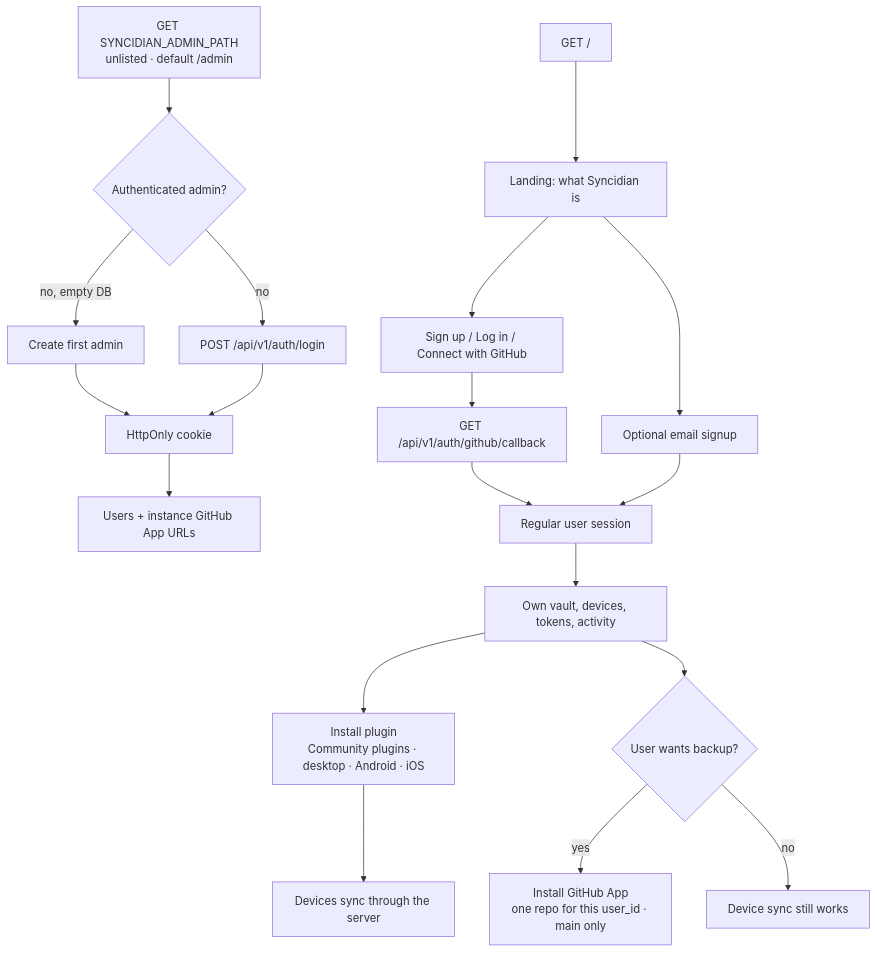
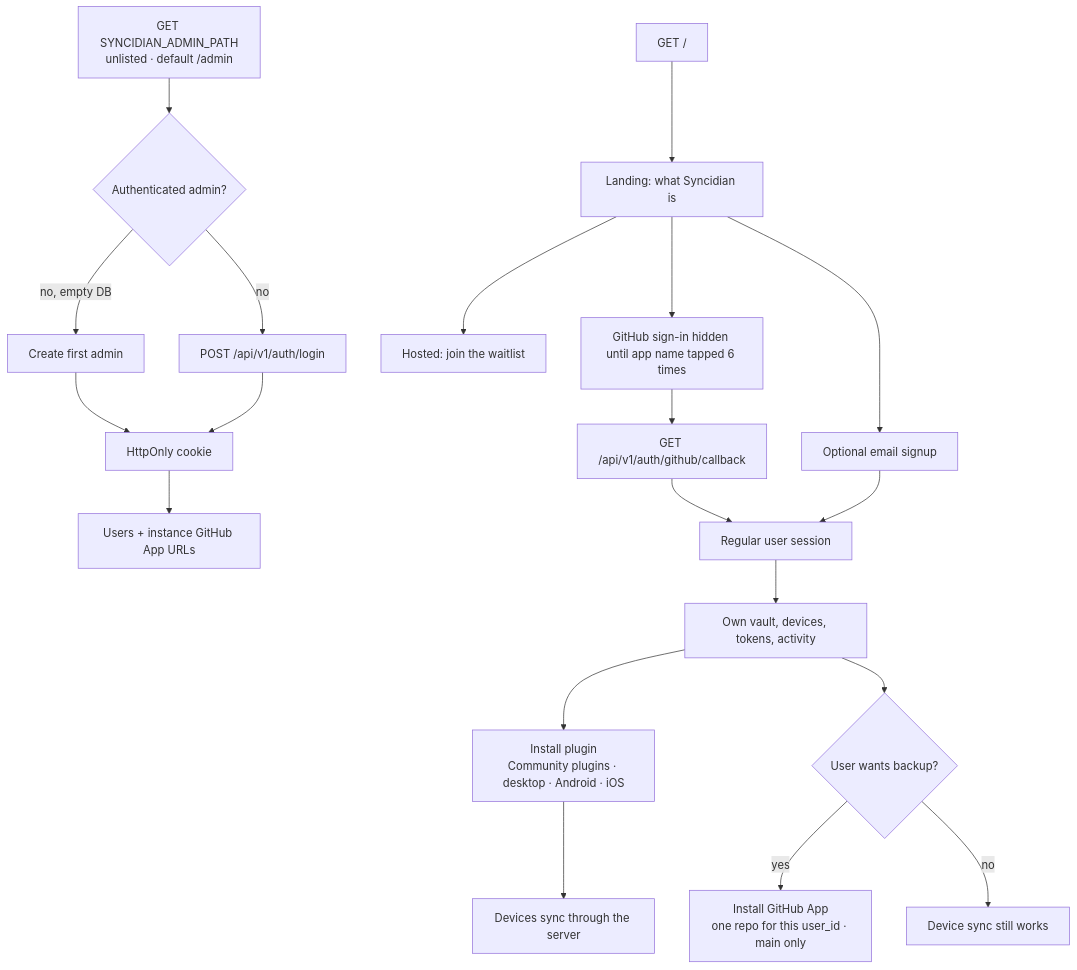
One commit to shangeethsivan/Syncidian changed the fourth of 13 diagrams in docs/architecture.md. Above: the diagram before and after it, drawn with Mermaid. The commit also changed other lines of this file and 17 other files, not shown here.

First line of the commit message:
Hide hosted GitHub sign-in behind a six-tap reveal and email allowlist.

````diff
--- a/docs/architecture.md
+++ b/docs/architecture.md
@@ -139,23 +139,24 @@
 ```mermaid
 flowchart TD
   Open["GET /"] --> Land["Landing: what Syncidian is"]
-  Land --> GH["Sign up / Log in / Connect with GitHub"]
+  Land --> Wait["Hosted: join the waitlist"]
+  Land --> GH["GitHub sign-in hidden until app name tapped 6 times"]
   Land --> Email["Optional email signup"]
 
   Ops["GET SYNCIDIAN_ADMIN_PATH<br/>unlisted · default /admin"] --> Auth{"Authenticated admin?"}
   Auth -->|no, empty DB| Form["Create first admin"]
   Auth -->|no| Login["POST /api/v1/auth/login"]
   Form --> Cookie["HttpOnly cookie"]
   Login --> Cookie
   Cookie --> Manage["Users + instance GitHub App URLs"]
 
   GH --> OAuth["GET /api/v1/auth/github/callback"]
   OAuth --> User["Regular user session"]
   Email --> User
   User --> Own["Own vault, devices, tokens, activity"]
   Own --> Plug["Install plugin<br/>Community plugins · desktop · Android · iOS"]
   Plug --> Sync["Devices sync through the server"]
   Own --> Backup{"User wants backup?"}
   Backup -->|yes| One["Install GitHub App<br/>one repo for this user_id · main only"]
   Backup -->|no| SyncOnly["Device sync still works"]
 ```
````
